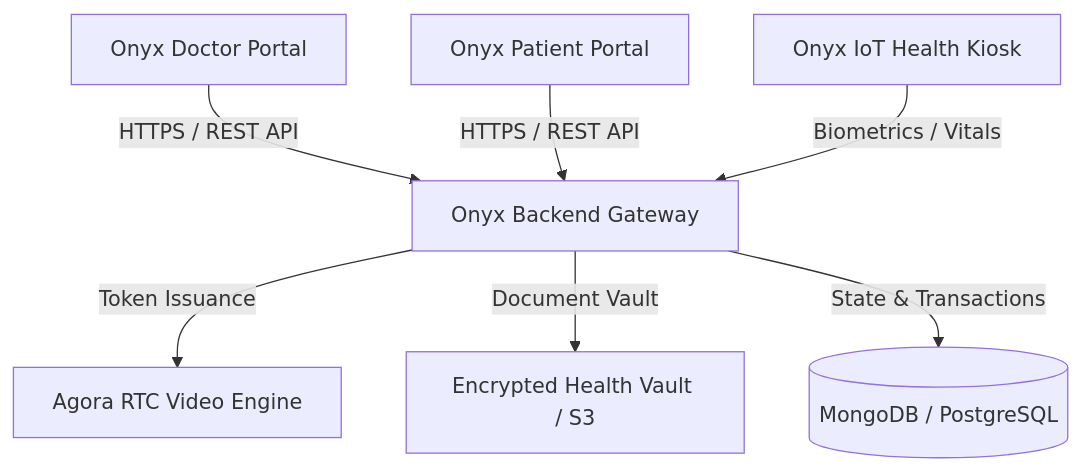
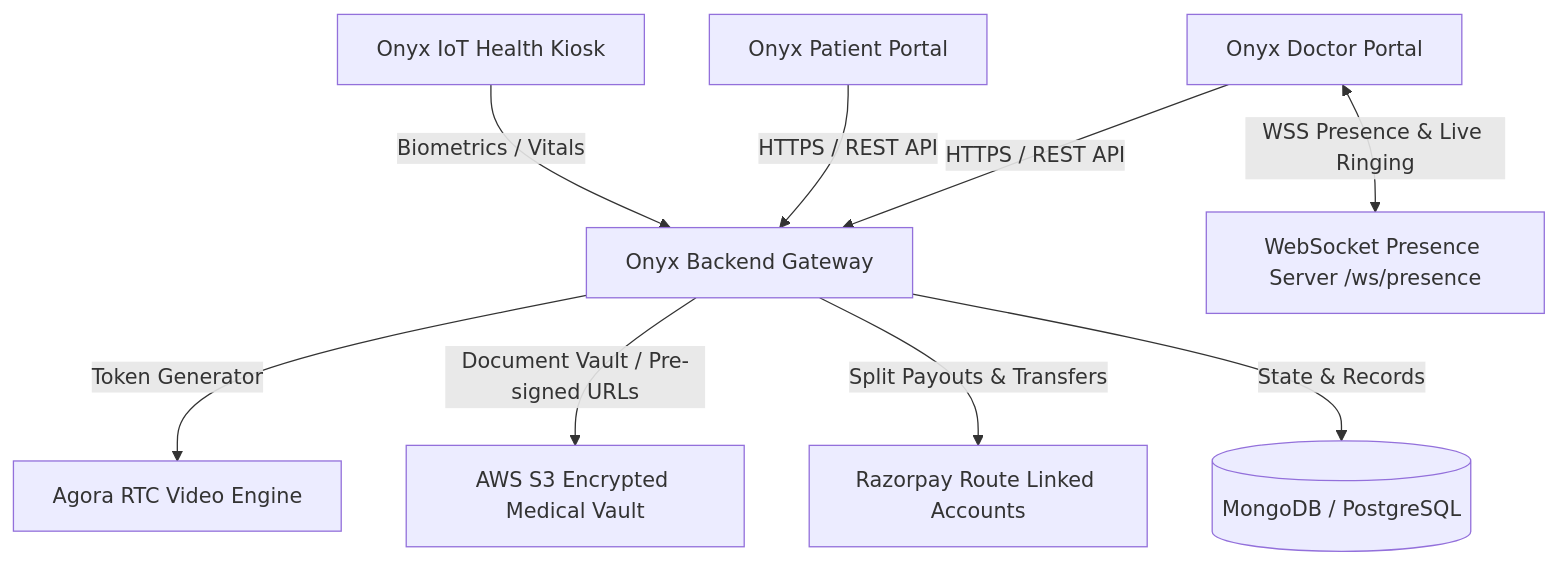
Before and after one commit to AgrowteinLabs/onyx-health-flow: the first of 3 diagrams in docs/BACKEND_HANDOVER_SPECIFICATION.md, drawn with Mermaid. The commit also changed other lines of this file, not shown here.

Commit message:
docs: add comprehensive backend handover specification for doctor system APIs and architecture

````diff
--- a/docs/BACKEND_HANDOVER_SPECIFICATION.md
+++ b/docs/BACKEND_HANDOVER_SPECIFICATION.md
@@ -17,9 +17,11 @@
 ```mermaid
 graph TD
-    DoctorPortal[Onyx Doctor Portal] -->|HTTPS / REST API| BackendAPI[Onyx Backend Gateway]
-    PatientPortal[Onyx Patient Portal] -->|HTTPS / REST API| BackendAPI
-    KioskStation[Onyx IoT Health Kiosk] -->|Biometrics / Vitals| BackendAPI
-    BackendAPI -->|Token Issuance| AgoraRTC[Agora RTC Video Engine]
-    BackendAPI -->|Document Vault| S3Vault[Encrypted Health Vault / S3]
-    BackendAPI -->|State & Transactions| Database[(MongoDB / PostgreSQL)]
+    DoctorPortal[Onyx Doctor Portal] -->|HTTPS / REST API| BackendGateway[Onyx Backend Gateway]
+    PatientPortal[Onyx Patient Portal] -->|HTTPS / REST API| BackendGateway
+    KioskStation[Onyx IoT Health Kiosk] -->|Biometrics / Vitals| BackendGateway
+    DoctorPortal <-->|WSS Presence & Live Ringing| WebSocketServer[WebSocket Presence Server /ws/presence]
+    BackendGateway -->|Token Generator| AgoraRTC[Agora RTC Video Engine]
+    BackendGateway -->|Document Vault / Pre-signed URLs| S3Vault[AWS S3 Encrypted Medical Vault]
+    BackendGateway -->|Split Payouts & Transfers| RazorpayRoute[Razorpay Route Linked Accounts]
+    BackendGateway -->|State & Records| Database[(MongoDB / PostgreSQL)]
 ```
````
